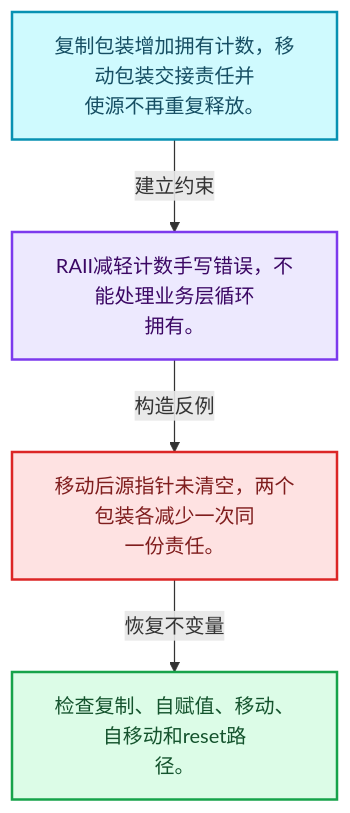
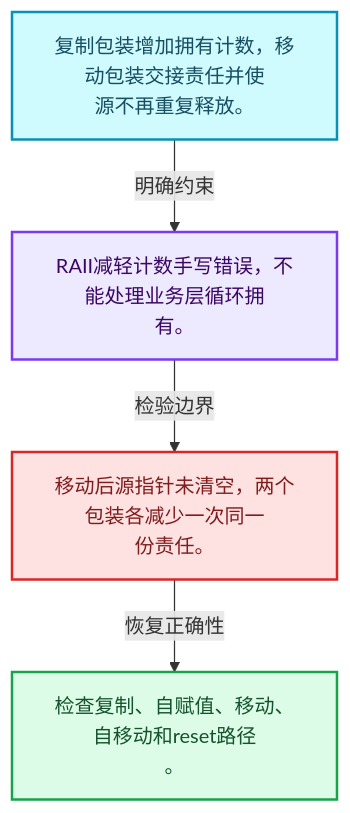
The first of 4 diagrams in 杂/markdown/全面学习-codex/06-隐式共享与缓存系统/03-Mixin与共享指针封装.md (yunkezengren/blender-.vscode), drawn with Mermaid before and after one commit. The commit also changed other lines of this file and 1930 other files, not shown here.

````diff
--- a/杂/markdown/全面学习-codex/06-隐式共享与缓存系统/03-Mixin与共享指针封装.md
+++ b/杂/markdown/全面学习-codex/06-隐式共享与缓存系统/03-Mixin与共享指针封装.md
@@ -29,16 +29,16 @@
 ```mermaid
 flowchart TB
-  M["复制包装增加拥有计数，移动包装交接责任并<br/>使源不再重复释放。"]:::data
-  T["RAII减轻计数手写错误，不能处理业务层循环<br/>拥有。"]:::abstraction
-  X["移动后源指针未清空，两个包装各减少一次同<br/>一份责任。"]:::error
-  A["检查复制、自赋值、移动、自移动和reset路<br/>径。"]:::result
-  M -->|"建立约束"| T
-  T -->|"构造反例"| X
-  X -->|"恢复不变量"| A
+  M["复制包装增加拥有计数，移动包装交接责任并使<br/>源不再重复释放。"]:::data
+  C["RAII减轻计数手写错误，不能处理业务层循环拥<br/>有。"]:::abstraction
+  B["移动后源指针未清空，两个包装各减少一次同一<br/>份责任。"]:::error
+  R["检查复制、自赋值、移动、自移动和reset路径<br/>。"]:::result
+  M -->|"明确约束"| C
+  C -->|"检验边界"| B
+  B -->|"恢复正确性"| R
   classDef input fill:#DBEAFE,stroke:#2563EB,color:#172554,stroke-width:2px;
   classDef data fill:#CFFAFE,stroke:#0891B2,color:#164E63,stroke-width:2px;
   classDef abstraction fill:#EDE9FE,stroke:#7C3AED,color:#3B0764,stroke-width:2px;
   classDef compute fill:#FEF3C7,stroke:#D97706,color:#78350F,stroke-width:2px;
   classDef result fill:#DCFCE7,stroke:#16A34A,color:#14532D,stroke-width:2px;
   classDef error fill:#FEE2E2,stroke:#DC2626,color:#7F1D1D,stroke-width:2px;
 ```
````
